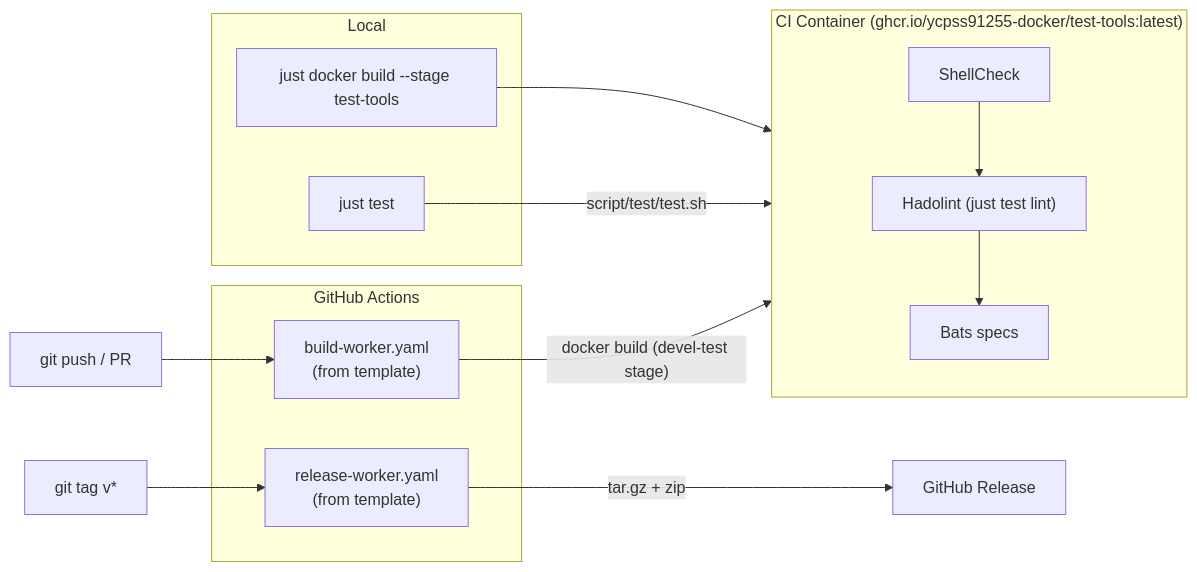
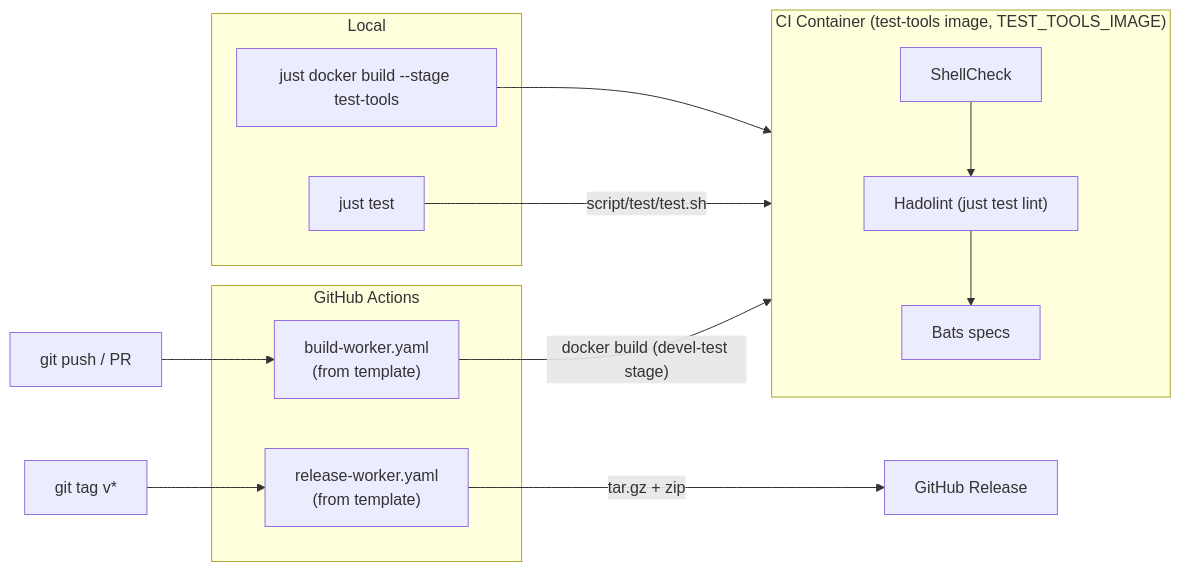
One commit to ycpss91255-docker/base changed the second of 2 diagrams in README.md. Above: the diagram before and after it, drawn with Mermaid. The commit also changed 6 other files, not shown here.

First line of the commit message:
docs(changelog): record the TEST_TOOLS_IMAGE no-default decision (refs #896)

````diff
--- a/README.md
+++ b/README.md
@@ -106,27 +106,27 @@
 ```mermaid
 flowchart LR
     subgraph local["Local"]
         just_test["just test"]
         just_build["just docker build --stage test-tools"]
     end
 
-    subgraph ci_container["CI Container (ghcr.io/ycpss91255-docker/test-tools:latest)"]
+    subgraph ci_container["CI Container (test-tools image, TEST_TOOLS_IMAGE)"]
         shellcheck["ShellCheck"]
         hadolint["Hadolint (just test lint)"]
         bats["Bats specs"]
     end
 
     subgraph github["GitHub Actions"]
         build_worker["build-worker.yaml<br/>(from template)"]
         release_worker["release-worker.yaml<br/>(from template)"]
     end
 
     just_build --> ci_container
     just_test -->|"script/test/test.sh"| ci_container
     shellcheck --> hadolint --> bats
 
     push["git push / PR"] --> build_worker
     build_worker -->|"docker build (devel-test stage)"| ci_container
     tag["git tag v*"] --> release_worker
     release_worker -->|"tar.gz + zip"| release["GitHub Release"]
 ```
````
